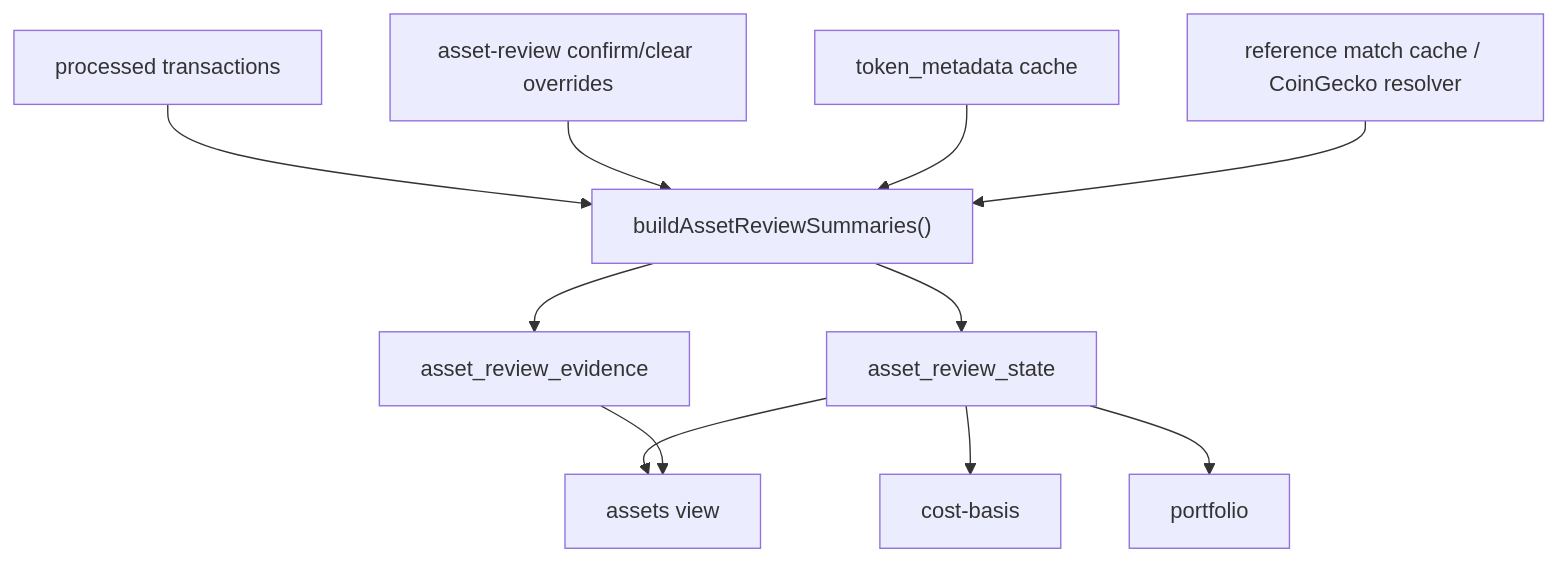
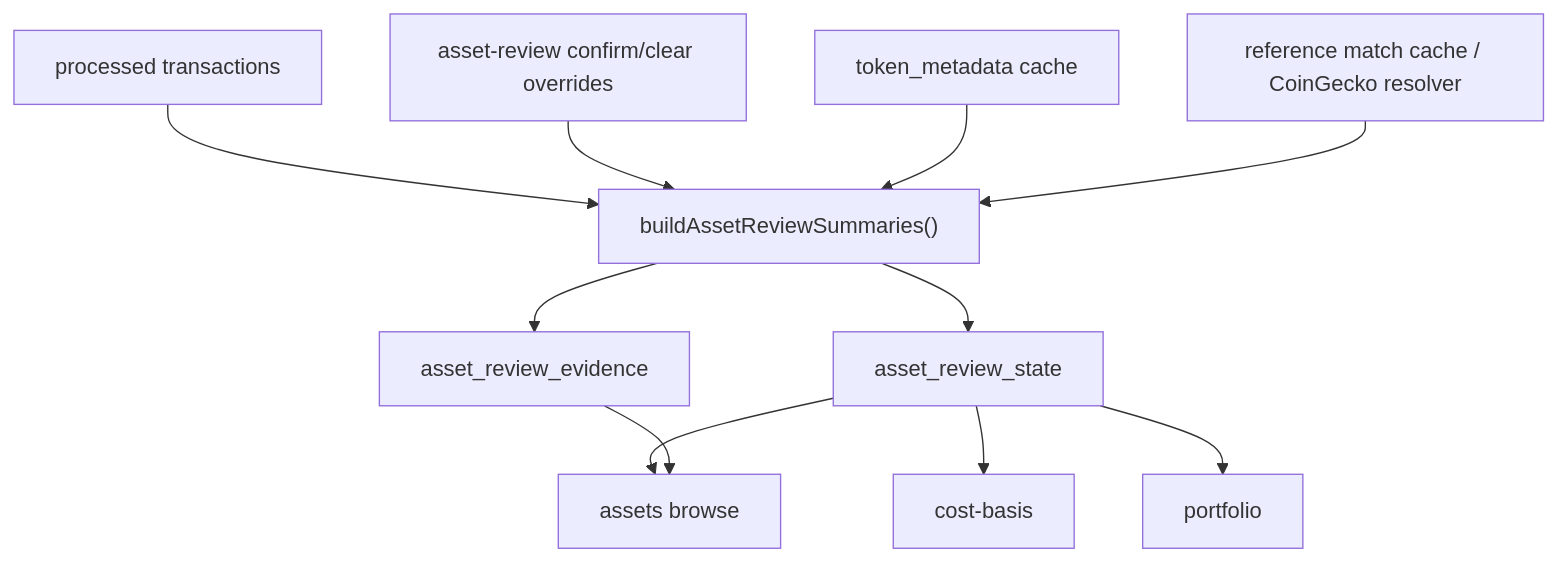
Before and after one commit to jbelanger/exitbook: the diagram in docs/specs/asset-review.md, drawn with Mermaid. The commit also changed other lines of this file and 12 other files, not shown here.

Commit message:
refactor: normalize assets browse surfaces

````diff
--- a/docs/specs/asset-review.md
+++ b/docs/specs/asset-review.md
@@ -265,13 +265,13 @@
 ```mermaid
 graph TD
     A["processed transactions"] --> E["buildAssetReviewSummaries()"]
     B["asset-review confirm/clear overrides"] --> E
     C["token_metadata cache"] --> E
     D["reference match cache / CoinGecko resolver"] --> E
     E --> F["asset_review_state"]
     E --> G["asset_review_evidence"]
-    F --> H["assets view"]
+    F --> H["assets browse"]
     F --> I["cost-basis"]
     F --> J["portfolio"]
     G --> H
 ```
````
